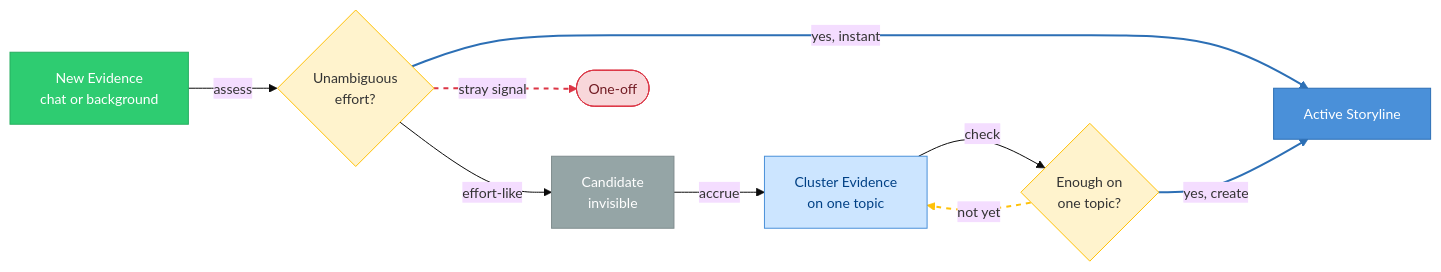
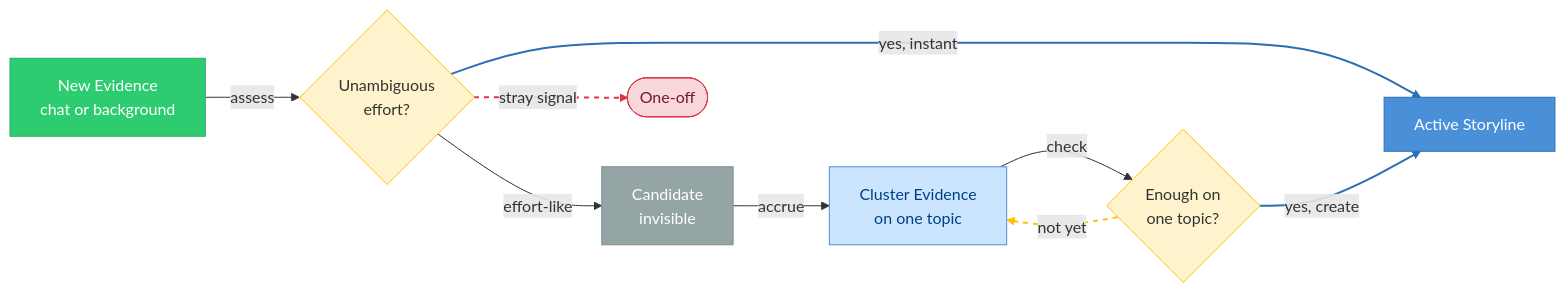
The second of 2 diagrams in specs/storylines.md (alex-oleshkevich/dailydrift), drawn with Mermaid before and after one commit. The commit also changed other lines of this file and 44 other files, not shown here.

````diff
--- a/specs/storylines.md
+++ b/specs/storylines.md
@@ -225,32 +224,31 @@
 ```mermaid
-%%{init: {'theme': 'base', 'themeVariables': {'fontSize': '14px'}}}%%
 flowchart LR
     classDef fact fill:#2ECC71,stroke:#27AE60,color:#fff
     classDef decision fill:#FFF3CD,stroke:#FFC107,color:#333
     classDef muted fill:#95A5A6,stroke:#7F8C8D,color:#fff
     classDef action fill:#CCE5FF,stroke:#4A90D9,color:#004085
     classDef active fill:#4A90D9,stroke:#2C6FB5,color:#fff
     classDef dropped fill:#F8D7DA,stroke:#DC3545,color:#721C24
 
-    EV["New Evidence\nchat or background"]:::fact
-    OBV{"Unambiguous\neffort?"}:::decision
-    CAND["Candidate\ninvisible"]:::muted
-    ACC["Cluster Evidence\non one topic"]:::action
-    ENOUGH{"Enough on\none topic?"}:::decision
+    EV["New Evidence<br/>chat or background"]:::fact
+    OBV{"Unambiguous<br/>effort?"}:::decision
+    CAND["Candidate<br/>invisible"]:::muted
+    ACC["Cluster Evidence<br/>on one topic"]:::action
+    ENOUGH{"Enough on<br/>one topic?"}:::decision
     ACT["Active Storyline"]:::active
     ONE(["One-off"]):::dropped
 
     EV -->|"assess"| OBV
     OBV -->|"yes, instant"| ACT
     OBV -->|"effort-like"| CAND
     OBV -.->|"stray signal"| ONE
     CAND -->|"accrue"| ACC
     ACC -->|"check"| ENOUGH
     ENOUGH -->|"yes, create"| ACT
     ENOUGH -.->|"not yet"| ACC
 
     linkStyle 1 stroke:#2C6FB5,stroke-width:2px
     linkStyle 3 stroke:#DC3545,stroke-width:2px,stroke-dasharray:5 5
     linkStyle 6 stroke:#2C6FB5,stroke-width:2px
     linkStyle 7 stroke:#FFC107,stroke-width:2px,stroke-dasharray:5 5
 ```
````
